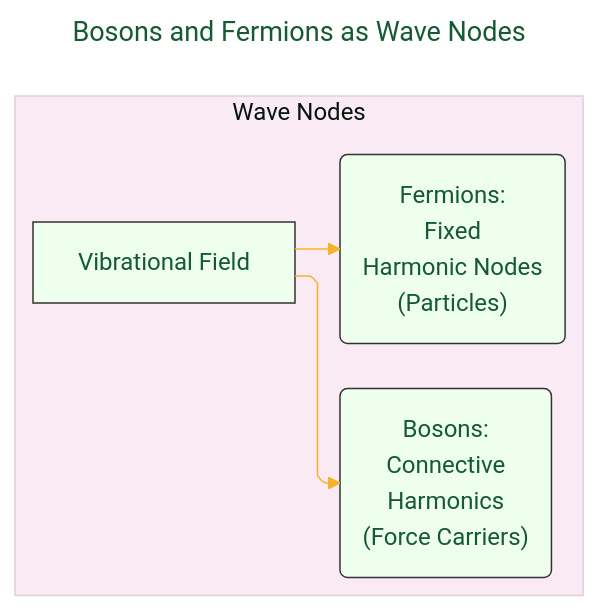
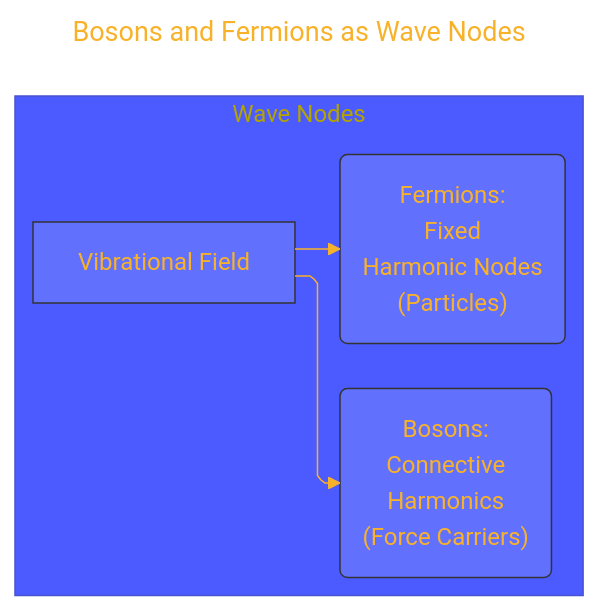
Before and after one commit to CongLeSolutionX/Harmonic_Atomica: the fourth of 10 diagrams in Quantum_Harmonic_Atomic_Model/Quantum_Harmonic_Atomic_Model_Draft_6.md, drawn with Mermaid. The commit also changed other lines of this file and 1 other file, not shown here.

````diff
--- a/Quantum_Harmonic_Atomic_Model/Quantum_Harmonic_Atomic_Model_Draft_6.md
+++ b/Quantum_Harmonic_Atomic_Model/Quantum_Harmonic_Atomic_Model_Draft_6.md
@@ -172,40 +172,40 @@
 ```mermaid
 ---
 title: "Bosons and Fermions as Wave Nodes"
 author: "Cong Le"
 version: "1.0"
 license(s): "MIT, CC BY 4.0"
 copyright: "Copyright (c) 2025 Cong Le. All Rights Reserved."
 config:
   layout: elk
   theme: base
 ---
 %%%%%%%% Mermaid version v11.4.1-b.14
 %%%%%%%% Available curve styles include the following keywords:
 %% basis, bumpX, bumpY, cardinal, catmullRom, linear, monotoneX, monotoneY, natural, step, stepAfter, stepBefore.
 %%{
   init: {
-    'flowchart': { 'htmlLabels': false, 'curve': 'linear' },
+    'flowchart': { 'htmlLabels': true, 'curve': 'linear' },
     'fontFamily': 'Monaco',
     'themeVariables': {
-      'primaryColor': '#D5F5E3',
-      'primaryTextColor': '#145A32',
+      'primaryColor': '#FE3',
+      'primaryTextColor': '#F8B229',
       'lineColor': '#F8B229',
       'primaryBorderColor': '#27AE60',
       'secondaryColor': '#EBDEF0',
       'secondaryTextColor': '#6C3483',
       'secondaryBorderColor': '#A569BD'
     }
   }
 }%%
-graph LR
+flowchart LR
 	subgraph Wave_Node["Wave Nodes"]
 		A["Vibrational Field"] --> B("Fermions:<br/>Fixed<br/>Harmonic Nodes<br/>(Particles)")
 		A --> C("Bosons:<br/>Connective<br/>Harmonics<br/>(Force Carriers)")
 	end
 
-style A fill:#efe,stroke:#333,stroke-width:1px
-style B fill:#efe,stroke:#333,stroke-width:1px
-style C fill:#efe,stroke:#333,stroke-width:1px
+style A fill:#efe2,stroke:#333,stroke-width:1px
+style B fill:#efe2,stroke:#333,stroke-width:1px
+style C fill:#efe2,stroke:#333,stroke-width:1px
 
 ```
````
